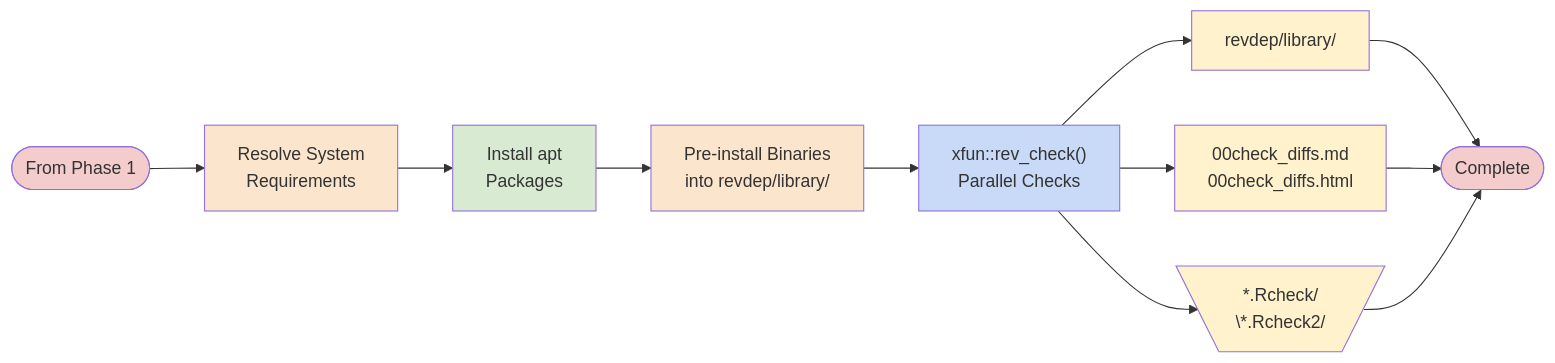
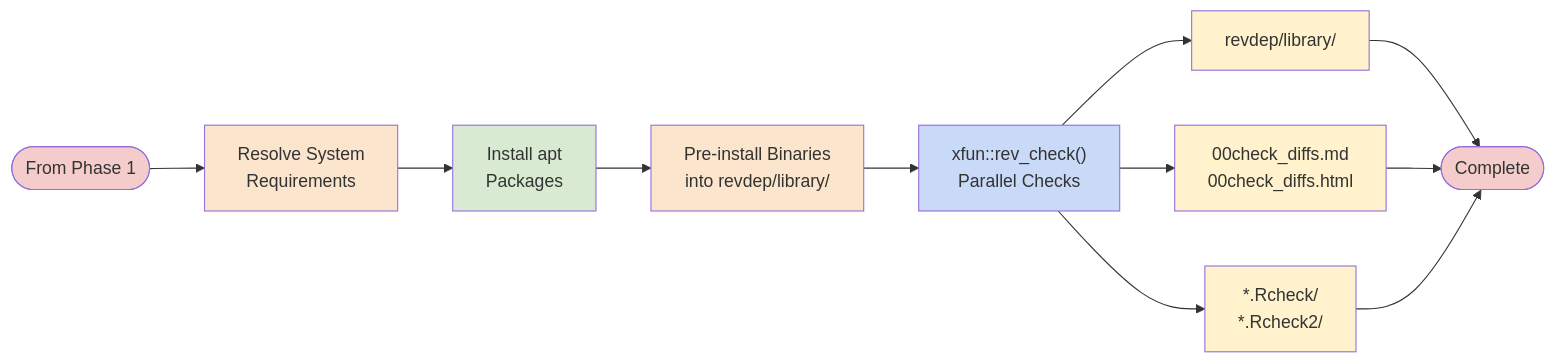
One commit to nanxstats/revdeprun changed the second of 2 diagrams in docs/design/workflow.md. Above: the diagram before and after it, drawn with Mermaid. The commit also changed other lines of this file and 11 other files, not shown here.

````diff
--- a/docs/design/workflow.md
+++ b/docs/design/workflow.md
@@ -51,25 +51,25 @@
 ```mermaid
 flowchart LR
     Start([From Phase 1]) --> ResolveSys[Resolve System<br/>Requirements]
     ResolveSys --> InstallSys[Install apt<br/>Packages]
     InstallSys --> PreInstall[Pre-install Binaries<br/>into revdep/library/]
     PreInstall --> RunCheck[xfun::rev_check#40;#41;<br/>Parallel Checks]
 
     RunCheck --> Output1[revdep/library/]
     RunCheck --> Output2[00check_diffs.md<br/>00check_diffs.html]
-    RunCheck --> Output3[\*.Rcheck/<br/>\*.Rcheck2//]
+    RunCheck --> Output3[*.Rcheck/<br/>*.Rcheck2/]
 
     Output1 --> End([Complete])
     Output2 --> End
     Output3 --> End
 
     style Start fill:#f4cccc
     style End fill:#f4cccc
     style ResolveSys fill:#fce5cd
     style InstallSys fill:#d9ead3
     style PreInstall fill:#fce5cd
     style RunCheck fill:#c9daf8
     style Output1 fill:#fff2cc
     style Output2 fill:#fff2cc
     style Output3 fill:#fff2cc
 ```
````
